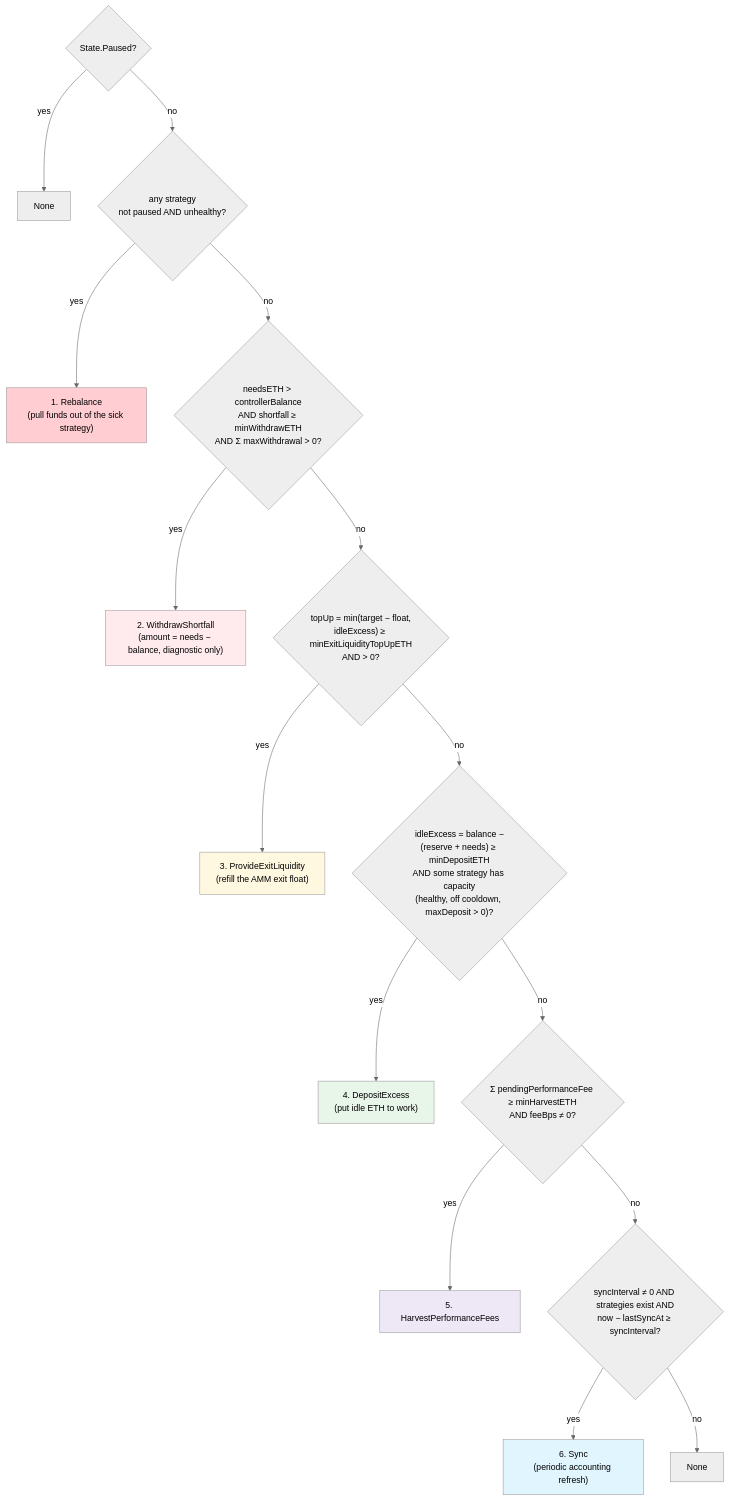
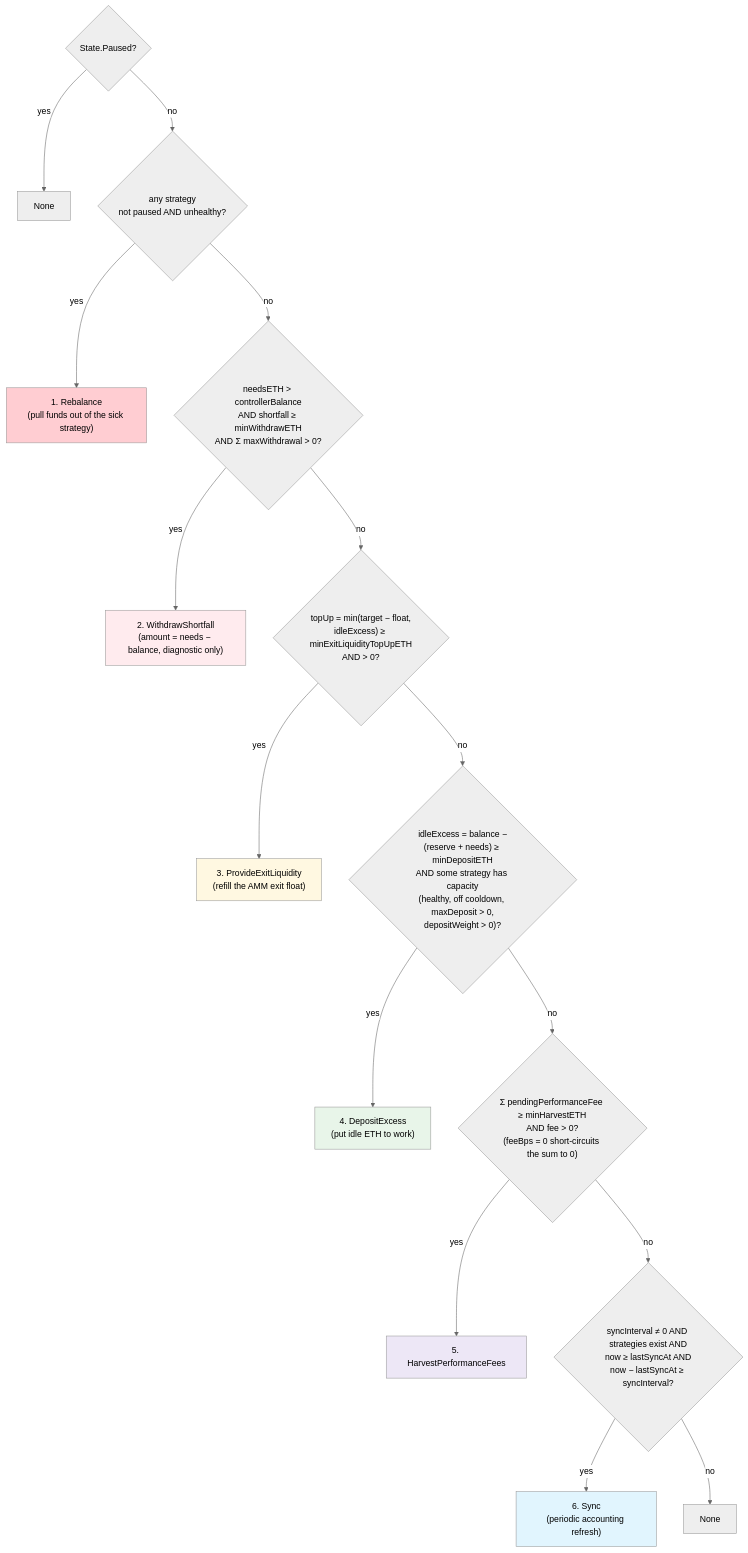
Before and after one commit to everstrat-xyz/keepers: the second of 4 diagrams in blueprints/03-w2-strategy-keeper.md, drawn with Mermaid (neutral theme). The commit also changed other lines of this file and 16 other files, not shown here.

Commit message:
fix: w1 batch candidate selection + w2 ETH needs scan

````diff
--- a/blueprints/03-w2-strategy-keeper.md
+++ b/blueprints/03-w2-strategy-keeper.md
@@ -37,34 +44,34 @@
 ```mermaid
 flowchart TB
     P{"State.Paused?"} -- "yes" --> N0["None"]
     P -- "no" --> A1{"any strategy<br/>not paused AND unhealthy?"}
     A1 -- "yes" --> R1["1. Rebalance<br/>(pull funds out of the sick strategy)"]
     A1 -- "no" --> A2
 
     A2{"needsETH &gt; controllerBalance<br/>AND shortfall ≥ minWithdrawETH<br/>AND Σ maxWithdrawal &gt; 0?"}
     A2 -- "yes" --> R2["2. WithdrawShortfall<br/>(amount = needs − balance, diagnostic only)"]
     A2 -- "no" --> A3
 
     A3{"topUp = min(target − float,<br/>idleExcess) ≥ minExitLiquidityTopUpETH<br/>AND &gt; 0?"}
     A3 -- "yes" --> R3["3. ProvideExitLiquidity<br/>(refill the AMM exit float)"]
     A3 -- "no" --> A4
 
-    A4{"idleExcess = balance −<br/>(reserve + needs) ≥ minDepositETH<br/>AND some strategy has capacity<br/>(healthy, off cooldown, maxDeposit &gt; 0)?"}
+    A4{"idleExcess = balance −<br/>(reserve + needs) ≥ minDepositETH<br/>AND some strategy has capacity<br/>(healthy, off cooldown, maxDeposit &gt; 0,<br/>depositWeight &gt; 0)?"}
     A4 -- "yes" --> R4["4. DepositExcess<br/>(put idle ETH to work)"]
     A4 -- "no" --> A5
 
-    A5{"Σ pendingPerformanceFee ≥ minHarvestETH<br/>AND feeBps ≠ 0?"}
+    A5{"Σ pendingPerformanceFee ≥ minHarvestETH<br/>AND fee &gt; 0?<br/>(feeBps = 0 short-circuits the sum to 0)"}
     A5 -- "yes" --> R5["5. HarvestPerformanceFees"]
     A5 -- "no" --> A6
 
-    A6{"syncInterval ≠ 0 AND strategies exist AND<br/>now − lastSyncAt ≥ syncInterval?"}
+    A6{"syncInterval ≠ 0 AND strategies exist AND<br/>now ≥ lastSyncAt AND<br/>now − lastSyncAt ≥ syncInterval?"}
     A6 -- "yes" --> R6["6. Sync<br/>(periodic accounting refresh)"]
     A6 -- "no" --> N1["None"]
 
     style R1 fill:#ffcdd2
     style R2 fill:#ffebee
     style R3 fill:#fff8e1
     style R4 fill:#e8f5e9
     style R5 fill:#ede7f6
     style R6 fill:#e1f5fe
 ```
````
